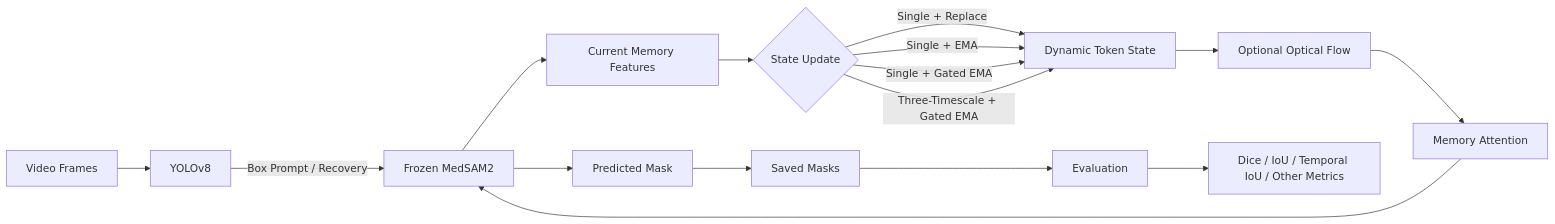
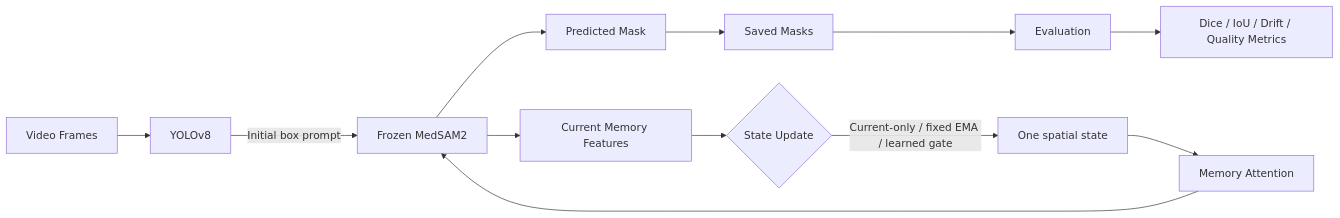
Before and after one commit to aCoderChild/AdeSEG: the diagram in README.md, drawn with Mermaid. The commit also changed other lines of this file and 25 other files, not shown here.

````diff
--- a/README.md
+++ b/README.md
@@ -19,22 +16,17 @@
 ```mermaid
 flowchart LR
     A[Video Frames] --> B[YOLOv8]
-    B -->|Box Prompt / Recovery| C[Frozen MedSAM2]
+    B -->|Initial box prompt| C[Frozen MedSAM2]
 
     C --> D[Predicted Mask]
     C --> E[Current Memory Features]
 
     E --> F{State Update}
-    F -->|Single + Replace| G[Dynamic Token State]
-    F -->|Single + EMA| G
-    F -->|Single + Gated EMA| G
-    F -->|Three-Timescale + Gated EMA| G
-
-    G --> H[Optional Optical Flow]
-    H --> I[Memory Attention]
-    I --> C
+    F -->|Current-only / fixed EMA / learned gate| G[One spatial state]
+    G --> H[Memory Attention]
+    H --> C
 
     D --> J[Saved Masks]
     J --> K[Evaluation]
-    K --> L[Dice / IoU / Temporal IoU / Other Metrics]
+    K --> L[Dice / IoU / Drift / Quality Metrics]
 ```
````
